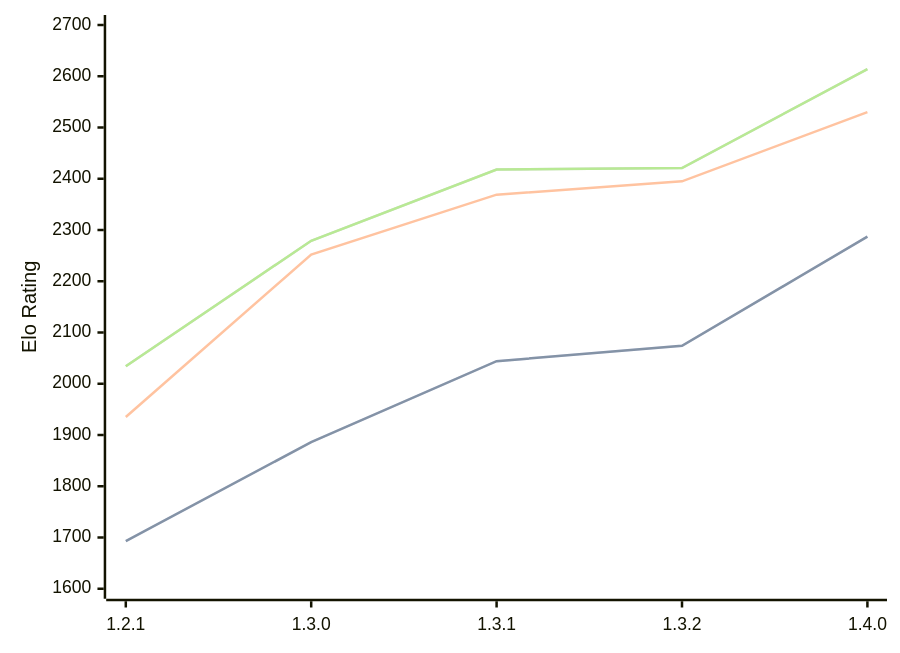
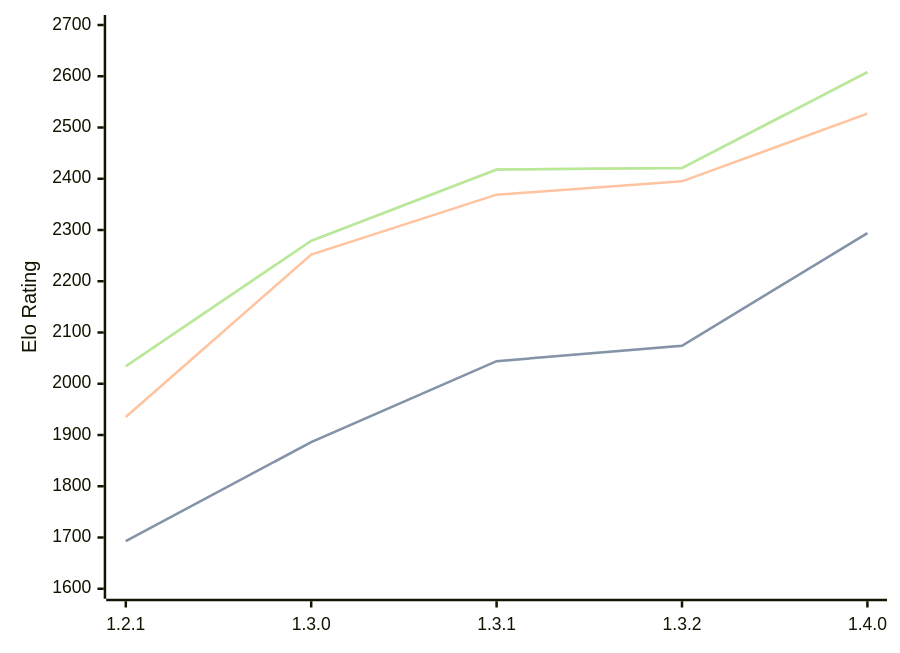
One commit to computer-chess-index/cci changed the diagram in engines/Chal.md. Above: the diagram before and after it, drawn with Mermaid. The commit also changed other lines of this file, not shown here.

Commit message:
Update CCI Ratings (ELO VLTC) - 2026-04-05

````diff
--- a/engines/Chal.md
+++ b/engines/Chal.md
@@ -38,11 +38,11 @@
 ```mermaid
 %%{init: {"theme":"base","themeVariables":{"seriesColors:['#a3a3a3','#222221','#faa371']}}}%%
 xychart-beta
   x-axis ["1.2.1", "1.3.0", "1.3.1", "1.3.2", "1.4.0"]
   y-axis "Elo Rating" 1600 --> 2700
-  line "STC (8.0+0.08s)" [1693, 1886, 2044, 2074, 2287]
-  line "STC (8.0+0.08s)" [1693, 1886, 2044, 2074, 2287]
-  line "LTC (60.0+0.60s)" [1935, 2252, 2369, 2395, 2530]
-  line "VLTC (2m24s+1.12s)" [2034, 2279, 2418, 2421, 2614]
-  line "VLTC (2m24s+1.12s)" [2034, 2279, 2418, 2421, 2614]
+  line "STC (8.0+0.08s)" [1693, 1886, 2044, 2074, 2294]
+  line "STC (8.0+0.08s)" [1693, 1886, 2044, 2074, 2294]
+  line "LTC (60.0+0.60s)" [1935, 2252, 2369, 2395, 2527]
+  line "VLTC (2m24s+1.12s)" [2034, 2279, 2418, 2421, 2608]
+  line "VLTC (2m24s+1.12s)" [2034, 2279, 2418, 2421, 2608]
 ```
````
